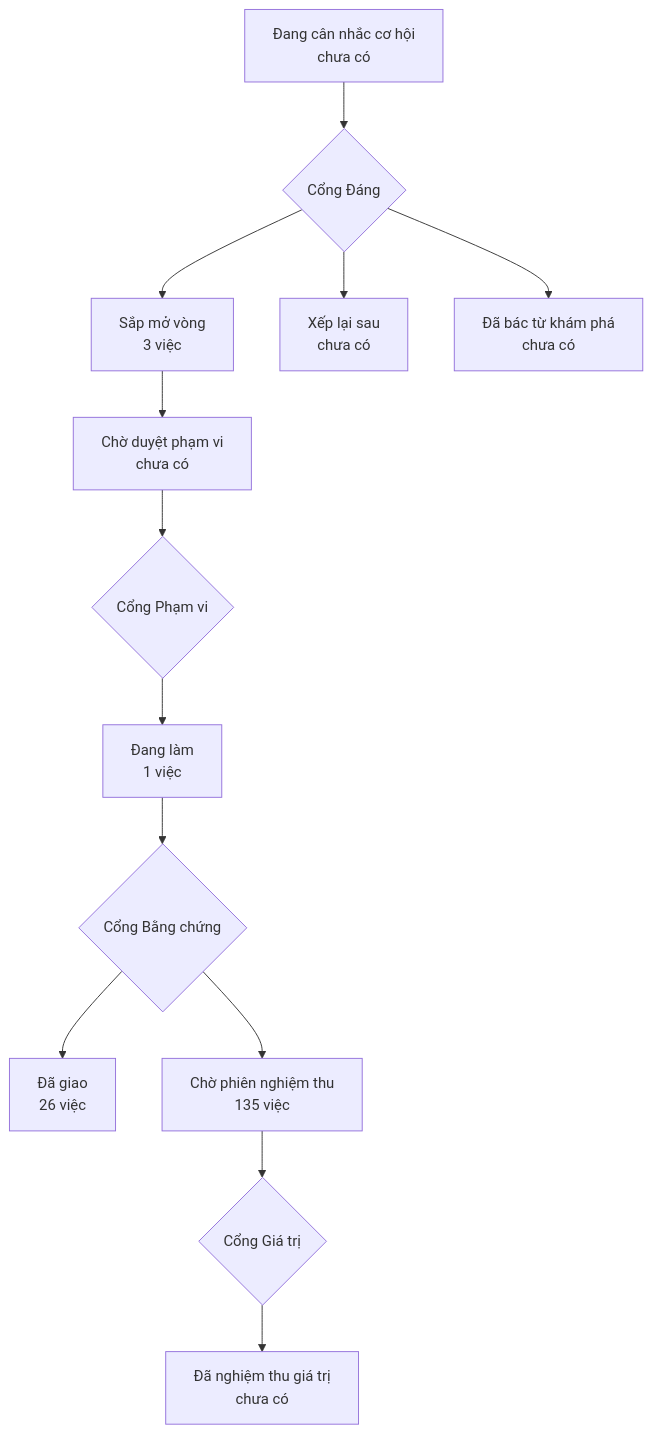
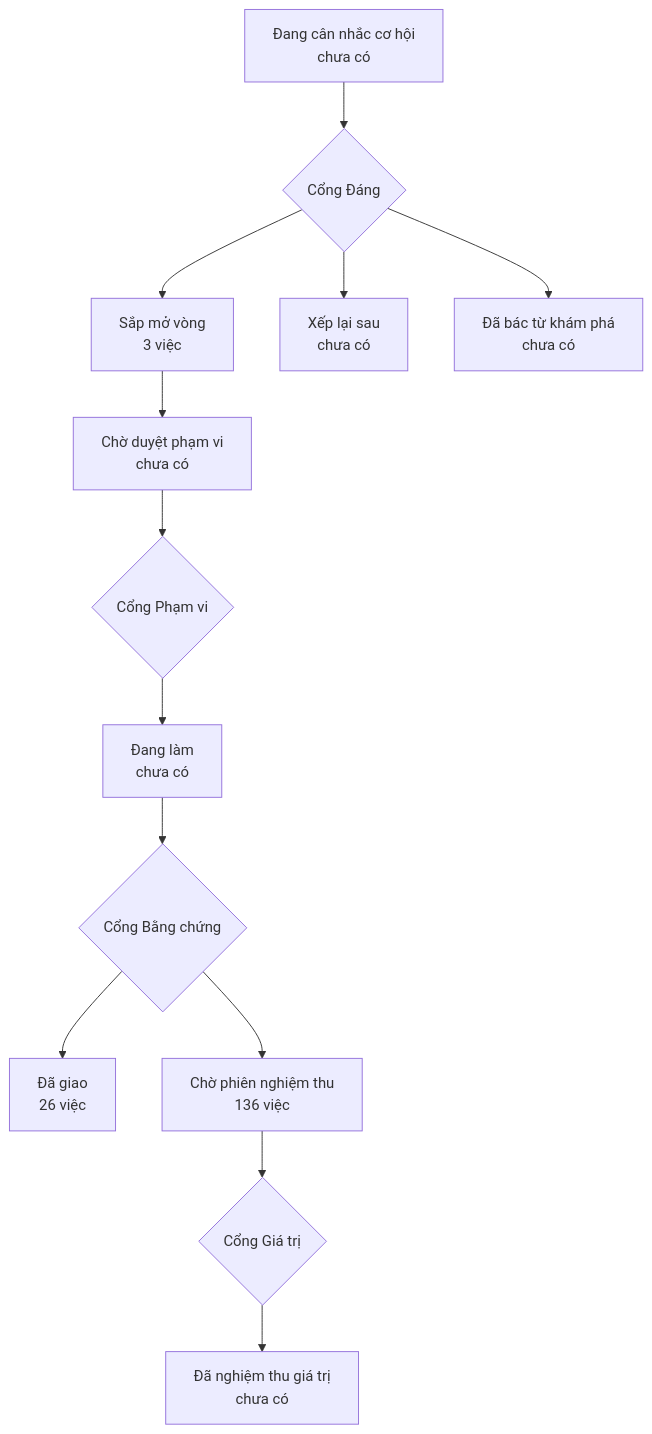
One commit to phanlemanh/onehub-quy-hang changed the diagram in PRODUCT-MAP.md. Above: the diagram before and after it, drawn with Mermaid. The commit also changed other lines of this file and 4 other files, not shown here.

````diff
--- a/PRODUCT-MAP.md
+++ b/PRODUCT-MAP.md
@@ -7,12 +7,12 @@
 ```mermaid
 flowchart TD
   A["Đang cân nhắc cơ hội<br/>chưa có"] --> GD{"Cổng Đáng"}
   GD --> B["Sắp mở vòng<br/>3 việc"]
   GD --> XL["Xếp lại sau<br/>chưa có"]
   GD --> DB["Đã bác từ khám phá<br/>chưa có"]
   B --> CD["Chờ duyệt phạm vi<br/>chưa có"] --> GP{"Cổng Phạm vi"}
-  GP --> DL["Đang làm<br/>1 việc"] --> GB{"Cổng Bằng chứng"}
+  GP --> DL["Đang làm<br/>chưa có"] --> GB{"Cổng Bằng chứng"}
   GB --> DG["Đã giao<br/>26 việc"]
-  GB --> CN["Chờ phiên nghiệm thu<br/>135 việc"] --> GG{"Cổng Giá trị"}
+  GB --> CN["Chờ phiên nghiệm thu<br/>136 việc"] --> GG{"Cổng Giá trị"}
   GG --> NT["Đã nghiệm thu giá trị<br/>chưa có"]
 ```
````
